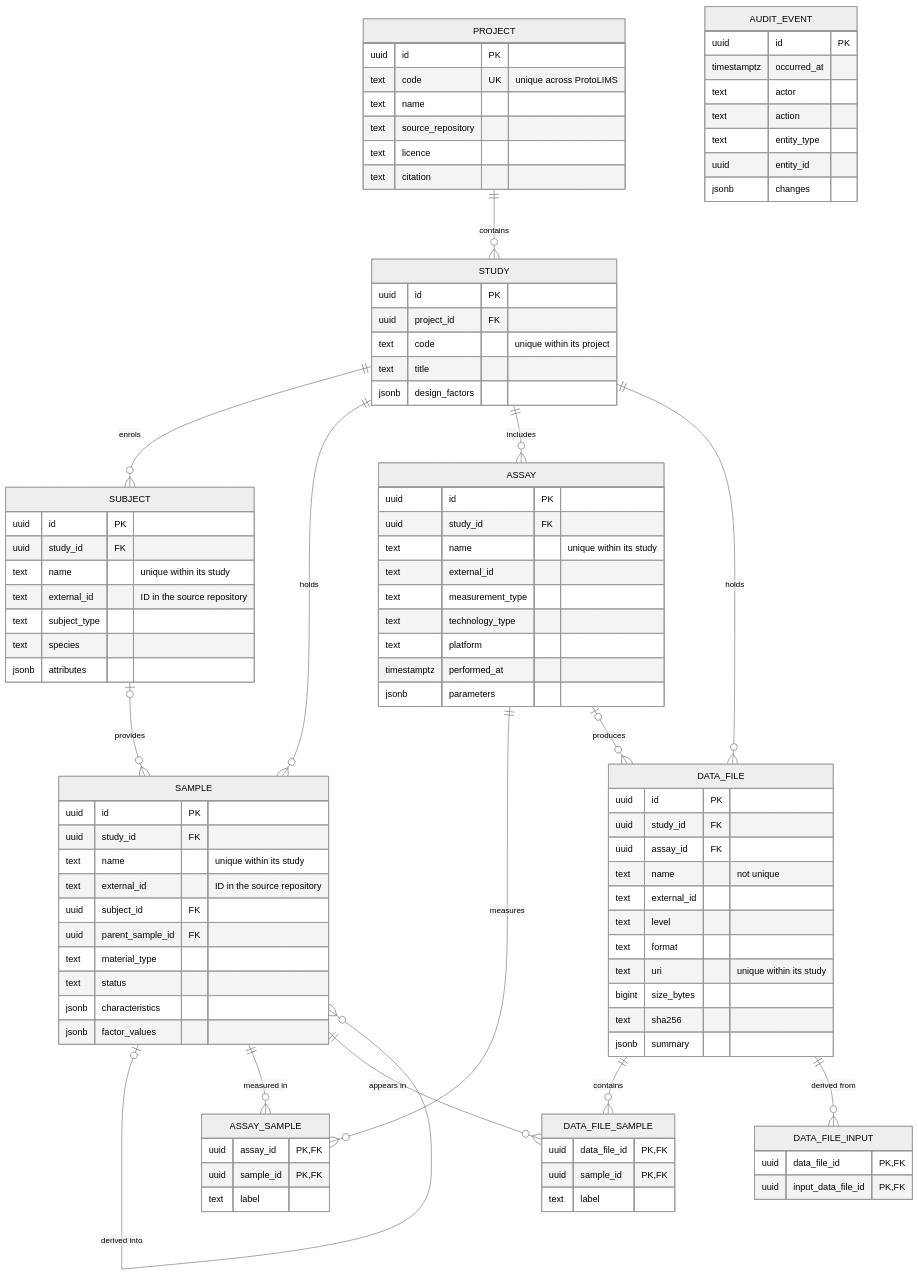
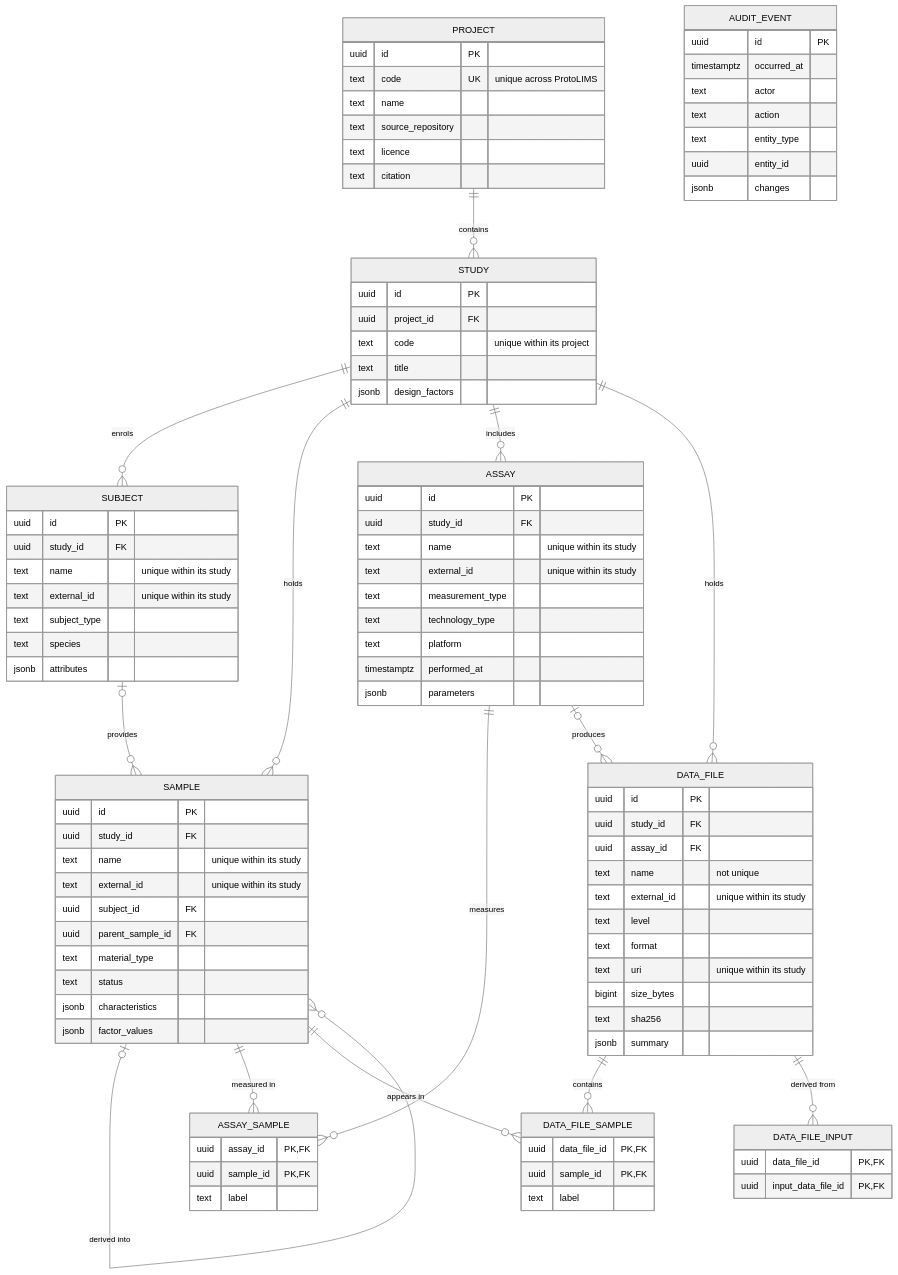
One commit to leehart3000/protolims changed the diagram in docs/data-model.md. Above: the diagram before and after it, drawn with Mermaid (neutral theme). The commit also changed other lines of this file and 1 other file, not shown here.

```diff
--- a/docs/data-model.md
+++ b/docs/data-model.md
@@ -52,7 +52,7 @@
         uuid id PK
         uuid study_id FK
         text name "unique within its study"
-        text external_id "ID in the source repository"
+        text external_id "unique within its study"
         text subject_type
         text species
         jsonb attributes
@@ -61,7 +61,7 @@
         uuid id PK
         uuid study_id FK
         text name "unique within its study"
-        text external_id "ID in the source repository"
+        text external_id "unique within its study"
         uuid subject_id FK
         uuid parent_sample_id FK
         text material_type
@@ -73,7 +73,7 @@
         uuid id PK
         uuid study_id FK
         text name "unique within its study"
-        text external_id
+        text external_id "unique within its study"
         text measurement_type
         text technology_type
         text platform
@@ -90,7 +90,7 @@
         uuid study_id FK
         uuid assay_id FK
         text name "not unique"
-        text external_id
+        text external_id "unique within its study"
         text level
         text format
         text uri "unique within its study"
```
